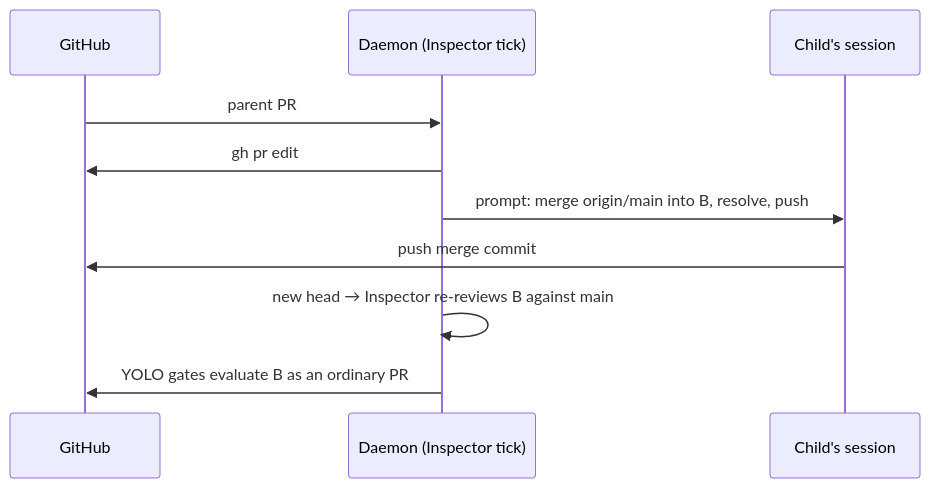
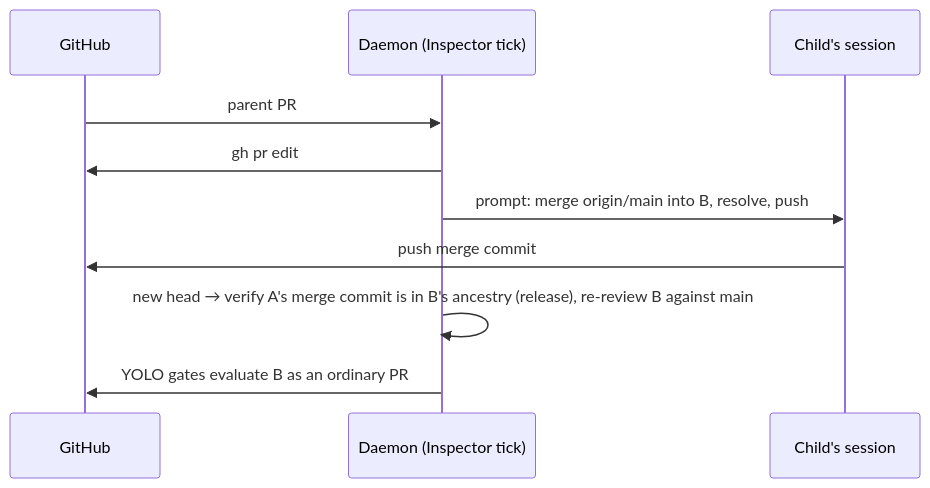
Before and after one commit to teamupstart/mission-control: the second of 2 diagrams in docs/plans/pr-stacking/plan.md, drawn with Mermaid. The commit also changed other lines of this file and 3 other files, not shown here.

````diff
--- a/docs/plans/pr-stacking/plan.md
+++ b/docs/plans/pr-stacking/plan.md
@@ -131,12 +131,12 @@
 ```mermaid
 sequenceDiagram
   participant GH as GitHub
   participant D as Daemon (Inspector tick)
   participant S as Child's session
   GH->>D: parent PR #A merged (squash)
   D->>GH: gh pr edit #B --base main (idempotent; GitHub may already have done it)
   D->>S: prompt: merge origin/main into B, resolve, push
   S->>GH: push merge commit
-  D->>D: new head → Inspector re-reviews B against main
+  D->>D: new head → verify A's merge commit is in B's ancestry (release), re-review B against main
   D->>GH: YOLO gates evaluate B as an ordinary PR
 ```
````
